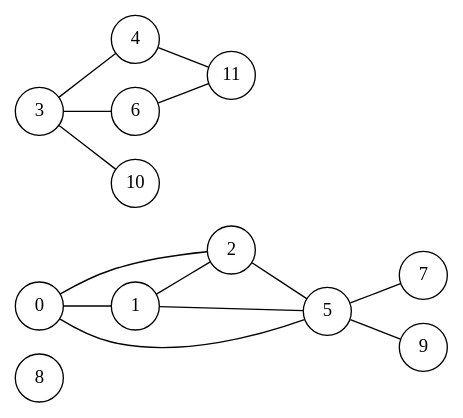
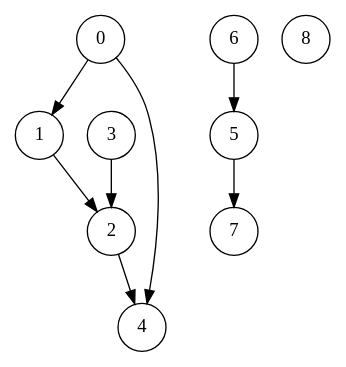
Before and after one commit to datkumar/code-journal: the diagram in public/diagrams/graphviz/_codes/temp.dot, drawn with Graphviz. The commit also changed 135 other files, not shown here.

```diff
--- a/public/diagrams/graphviz/_codes/temp.dot
+++ b/public/diagrams/graphviz/_codes/temp.dot
@@ -1,53 +1,29 @@
 /**
  * Compile commands (use "dot" for directed and "neato" for undirected graphs)
  *      neato -T svg code.dot -o diagram.svg
  *  
  *  Append timestamp in output file name:
  *      neato -T svg code.dot -o diagram_$(date +%s).svg
  * 
  * VSCode Extension: Graphviz Interactive Preview 
  * Link: https://marketplace.visualstudio.com/items?itemName=tintinweb.graphviz-interactive-preview
  */
-graph {
-    rankdir = LR;
+digraph {
+    // rankdir = LR;
     node [shape = circle; width = 0.5; height = 0.5; fixedsize = true;];
     
-    // Nodes separated into subgraphs:
+    subgraph {0; 1; 2; 3; 4;}    
+    0 -> 1;
+    0 -> 4;
+    1 -> 2;
+    2 -> 4;
+    3 -> 2;
+
+    subgraph { 5; 6; 7;}
+    6 -> 5;
+    5 -> 7;
     
-    subgraph {
-        8;
-    }
+    subgraph { 8;}
+
     
-    subgraph {
-        0;
-        1;
-        2;
-        5;
-        7;
-        9;
-    }
-    
-    subgraph {
-        3;
-        4;
-        6;
-        9;
-        10;
-        11;
-    }
-    
-    // Edges:
-    0 -- 1;
-    0 -- 2;
-    0 -- 5;
-    1 -- 2;
-    1 -- 5;
-    2 -- 5;
-    3 -- 4;
-    3 -- 6;
-    3 -- 10;
-    4 -- 11;
-    5 -- 7;
-    5 -- 9;
-    6 -- 11;
 }
```
